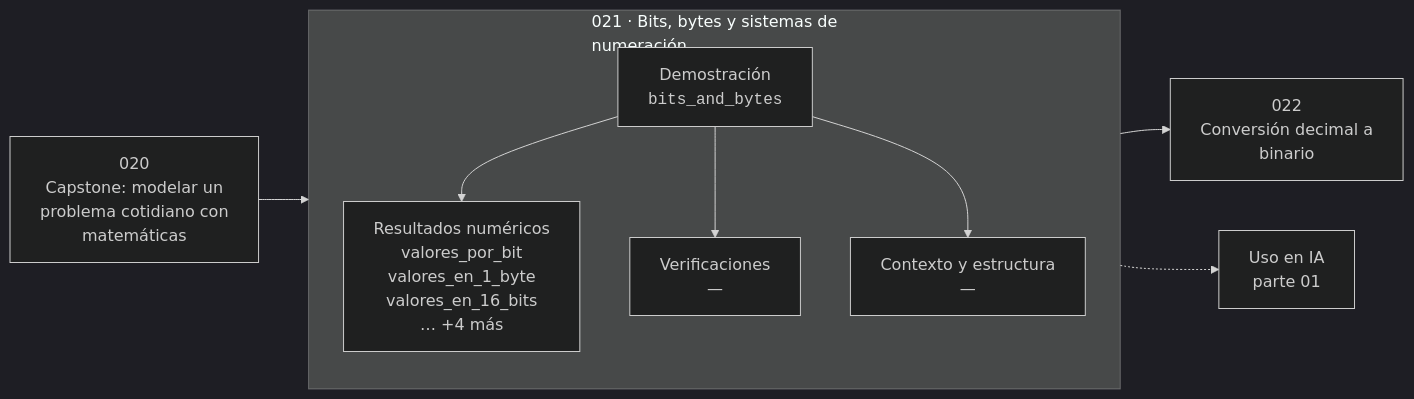
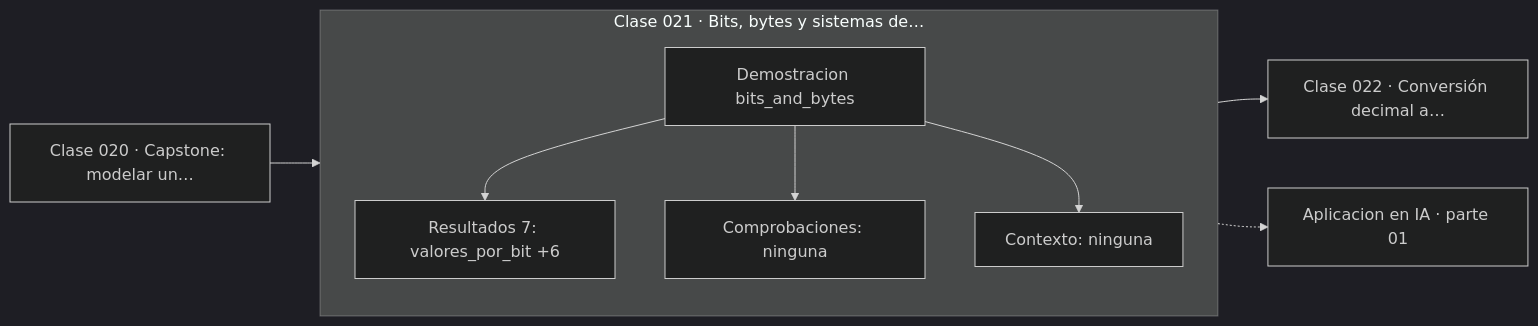
One commit to vladimiracunadev-create/computational-mathematics-program changed the diagram in classes/part-01-aritmetica-computacional-y-representacion-numerica/021-bits-bytes-y-sistemas-de-numeracion/README.md. Above: the diagram before and after it, drawn with Mermaid (dark theme). The commit also changed 389 other files, not shown here.

First line of the commit message:
fix(diagramas): elimina el HTML de las etiquetas Mermaid

````diff
--- a/classes/part-01-aritmetica-computacional-y-representacion-numerica/021-bits-bytes-y-sistemas-de-numeracion/README.md
+++ b/classes/part-01-aritmetica-computacional-y-representacion-numerica/021-bits-bytes-y-sistemas-de-numeracion/README.md
@@ -35,12 +35,13 @@
 ```mermaid
 flowchart LR
-    P["020<br/>Capstone: modelar un<br/>problema cotidiano con<br/>matemáticas"] --> C
-    subgraph C["021 · Bits, bytes y sistemas de<br/>numeración"]
+    P["Clase 020 · Capstone: modelar un…"] --> D
+    subgraph CLASE["Clase 021 · Bits, bytes y sistemas de…"]
         direction TB
-        D["Demostración<br/><code>bits_and_bytes</code>"] --> R["Resultados numéricos<br/>valores_por_bit<br/>valores_en_1_byte<br/>valores_en_16_bits<br/>… +4 más"]
-        D --> V["Verificaciones<br/>—"]
-        D --> O["Contexto y estructura<br/>—"]
+        D["Demostracion bits_and_bytes"]
+        D --> R["Resultados 7: valores_por_bit +6"]
+        D --> V["Comprobaciones: ninguna"]
+        D --> O["Contexto: ninguna"]
     end
-    C --> N["022<br/>Conversión decimal a<br/>binario"]
-    C -.-> IA["Uso en IA<br/>parte 01"]
+    R --> N["Clase 022 · Conversión decimal a…"]
+    V -.-> IA["Aplicacion en IA · parte 01"]
 ```
````
